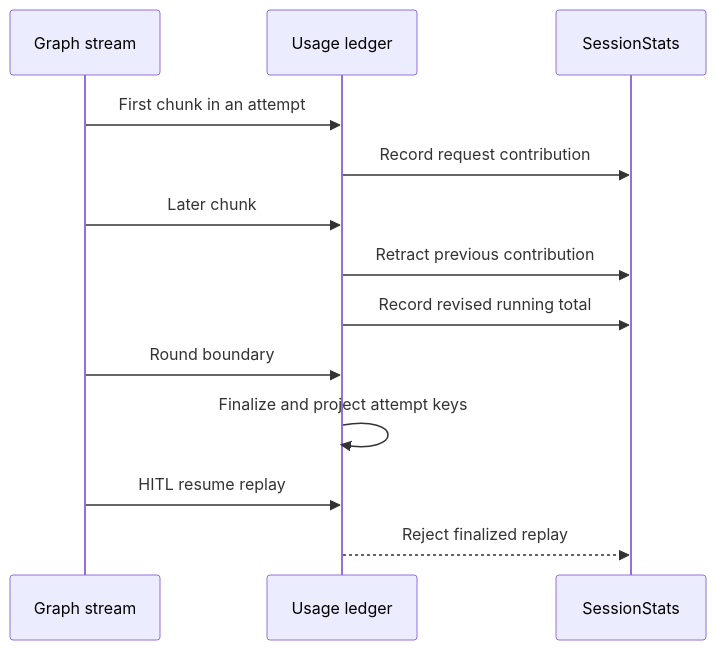
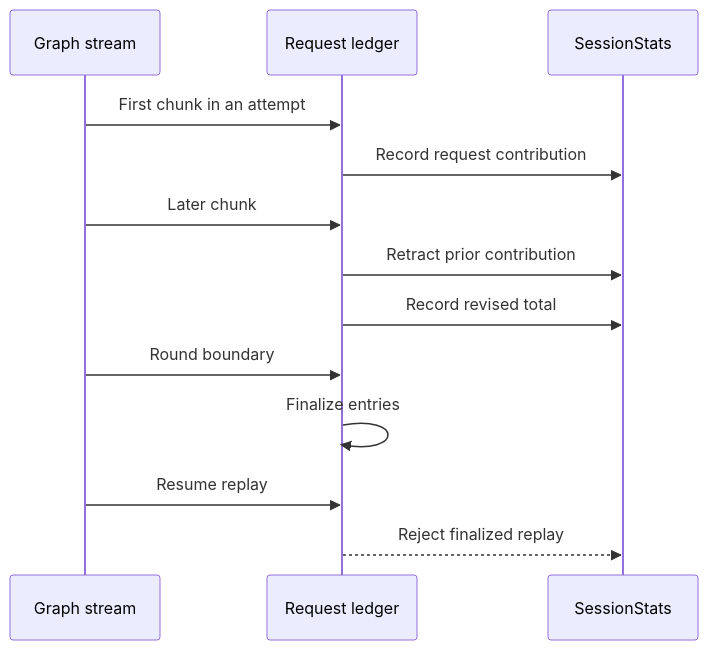
The second of 2 diagrams in openwiki/operations/cost-and-sessions.md (langchain-ai/deepagents), drawn with Mermaid before and after one commit. The commit also changed other lines of this file and 62 other files, not shown here.

````diff
--- a/openwiki/operations/cost-and-sessions.md
+++ b/openwiki/operations/cost-and-sessions.md
@@ -106,15 +101,15 @@
 ```mermaid
 sequenceDiagram
     participant Graph as Graph stream
-    participant Ledger as Usage ledger
+    participant Ledger as Request ledger
     participant Stats as SessionStats
     Graph->>Ledger: First chunk in an attempt
     Ledger->>Stats: Record request contribution
     Graph->>Ledger: Later chunk
-    Ledger->>Stats: Retract previous contribution
-    Ledger->>Stats: Record revised running total
+    Ledger->>Stats: Retract prior contribution
+    Ledger->>Stats: Record revised total
     Graph->>Ledger: Round boundary
-    Ledger->>Ledger: Finalize and project attempt keys
-    Graph->>Ledger: HITL resume replay
+    Ledger->>Ledger: Finalize entries
+    Graph->>Ledger: Resume replay
     Ledger-->>Stats: Reject finalized replay
 ```
````
